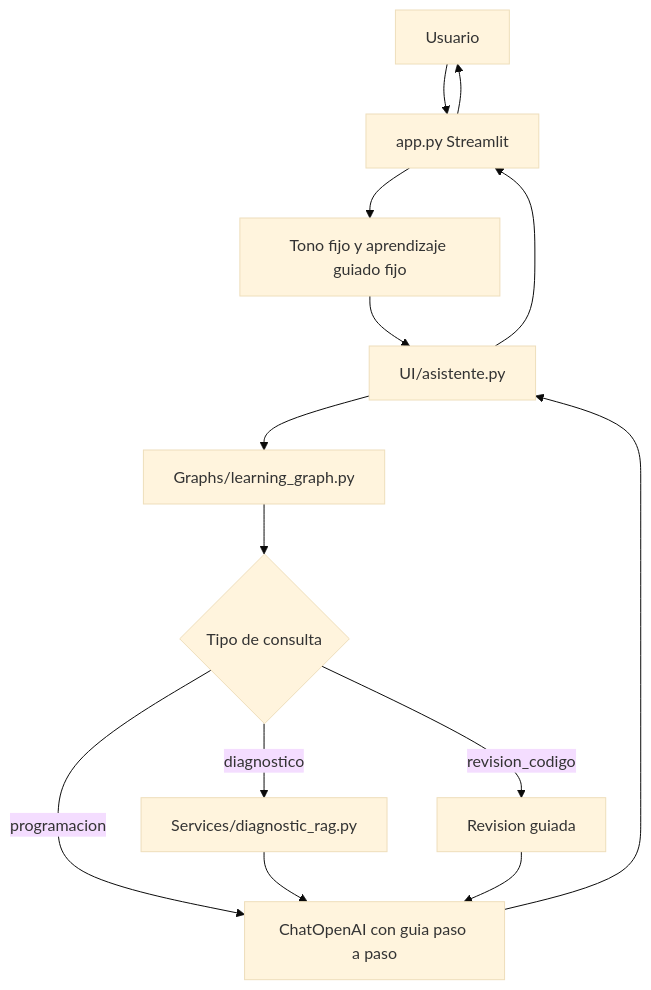
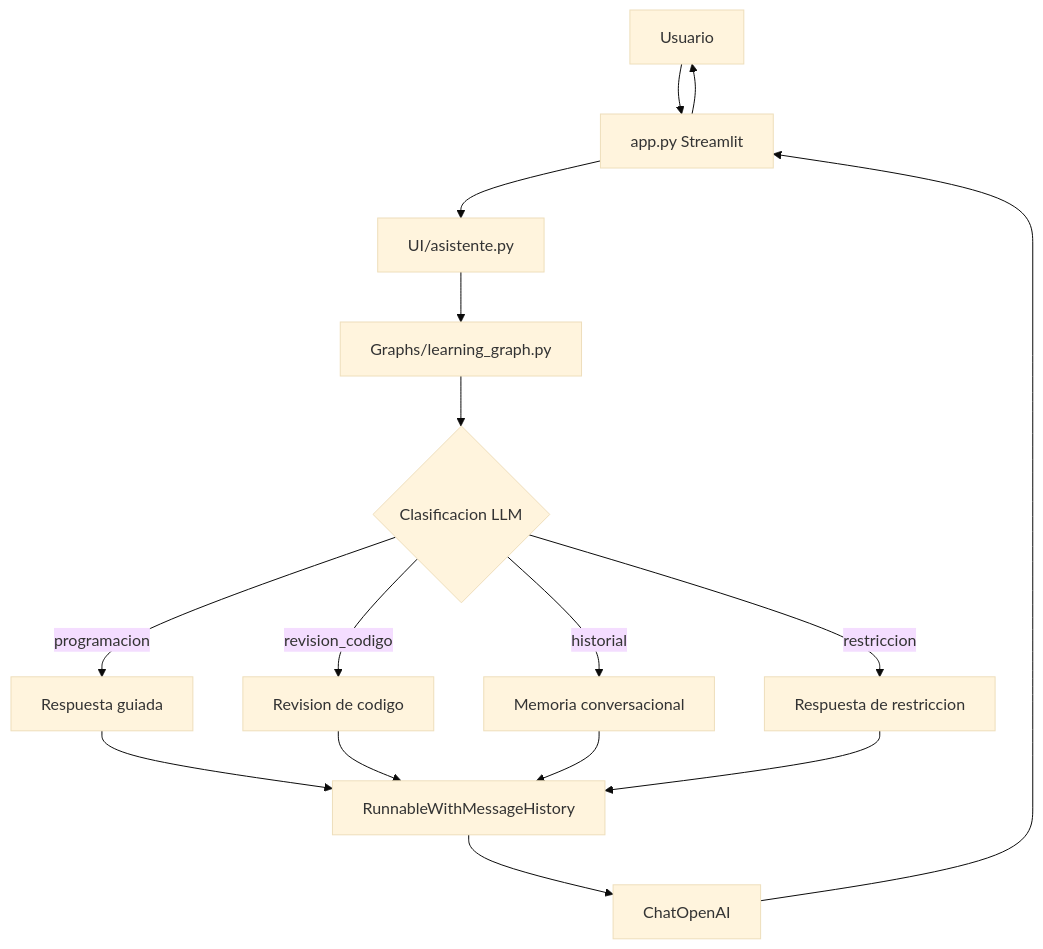
One commit to jose6668/IA-Lanchaing changed the first of 2 diagrams in README.md. Above: the diagram before and after it, drawn with Mermaid (base theme). The commit also changed other lines of this file and 9 other files, not shown here.

````diff
--- a/README.md
+++ b/README.md
@@ -94,16 +72,18 @@
 ```mermaid
 flowchart TD
     U[Usuario] --> APP[app.py Streamlit]
-    APP --> CONST[Tono fijo y aprendizaje guiado fijo]
-    CONST --> UI[UI/asistente.py]
+    APP --> UI[UI/asistente.py]
     UI --> G[Graphs/learning_graph.py]
-    G --> C{Tipo de consulta}
-    C -->|diagnostico| RAG[Services/diagnostic_rag.py]
-    C -->|programacion| LLM[ChatOpenAI con guia paso a paso]
-    C -->|revision_codigo| CODE[Revision guiada]
-    RAG --> LLM
-    CODE --> LLM
-    LLM --> UI
-    UI --> APP
+    G --> C{Clasificacion LLM}
+    C -->|programacion| P[Respuesta guiada]
+    C -->|revision_codigo| R[Revision de codigo]
+    C -->|historial| H[Memoria conversacional]
+    C -->|restriccion| X[Respuesta de restriccion]
+    P --> M[RunnableWithMessageHistory]
+    R --> M
+    H --> M
+    X --> M
+    M --> OAI[ChatOpenAI]
+    OAI --> APP
     APP --> U
 ```
````
